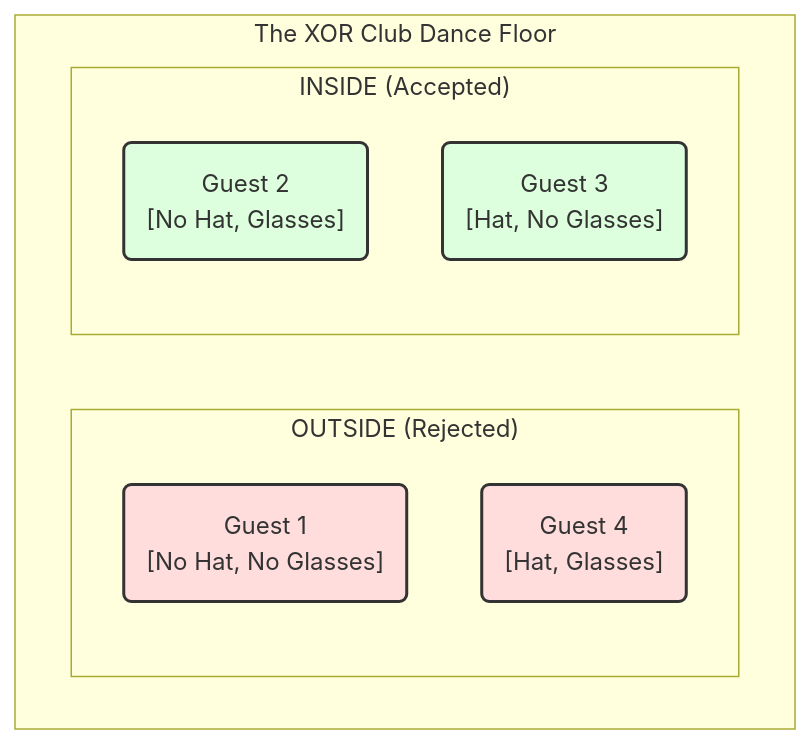
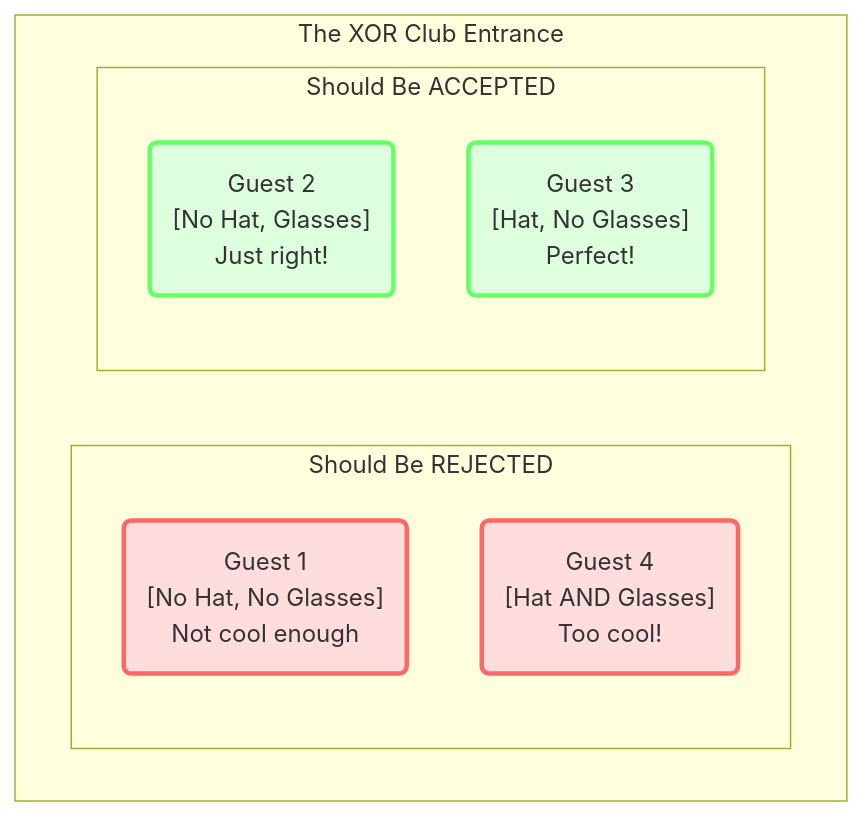
The first of 3 diagrams in README.md (leonvanbokhorst/neural-net-backpropagation), drawn with Mermaid before and after one commit. The commit also changed other lines of this file and 1 other file, not shown here.

Commit message:
Epic Rewrite of neural_network.py: Transformed Percy's journey into a whimsical saga, complete with chapters, playful descriptions, and a team of bouncers tackling the XOR challenge!

````diff
--- a/README.md
+++ b/README.md
@@ -25,18 +27,18 @@
 ```mermaid
 graph TD
-    subgraph "The XOR Club Dance Floor"
-        subgraph "OUTSIDE (Rejected)"
-            G1("Guest 1<br/>[No Hat, No Glasses]")
-            G4("Guest 4<br/>[Hat, Glasses]")
+    subgraph "The XOR Club Entrance"
+        subgraph "Should Be REJECTED"
+            G1("Guest 1<br/>[No Hat, No Glasses]<br/>Not cool enough")
+            G4("Guest 4<br/>[Hat AND Glasses]<br/>Too cool!")
         end
-        subgraph "INSIDE (Accepted)"
-            G2("Guest 2<br/>[No Hat, Glasses]")
-            G3("Guest 3<br/>[Hat, No Glasses]")
+        subgraph "Should Be ACCEPTED"
+            G2("Guest 2<br/>[No Hat, Glasses]<br/>Just right!")
+            G3("Guest 3<br/>[Hat, No Glasses]<br/>Perfect!")
         end
     end
 
-    style G1 fill:#ffdddd,stroke:#333,stroke-width:2px
-    style G4 fill:#ffdddd,stroke:#333,stroke-width:2px
-    style G2 fill:#ddffdd,stroke:#333,stroke-width:2px
-    style G3 fill:#ddffdd,stroke:#333,stroke-width:2px
+    style G1 fill:#ffdddd,stroke:#ff6666,stroke-width:3px
+    style G4 fill:#ffdddd,stroke:#ff6666,stroke-width:3px
+    style G2 fill:#ddffdd,stroke:#66ff66,stroke-width:3px
+    style G3 fill:#ddffdd,stroke:#66ff66,stroke-width:3px
 ```
````
